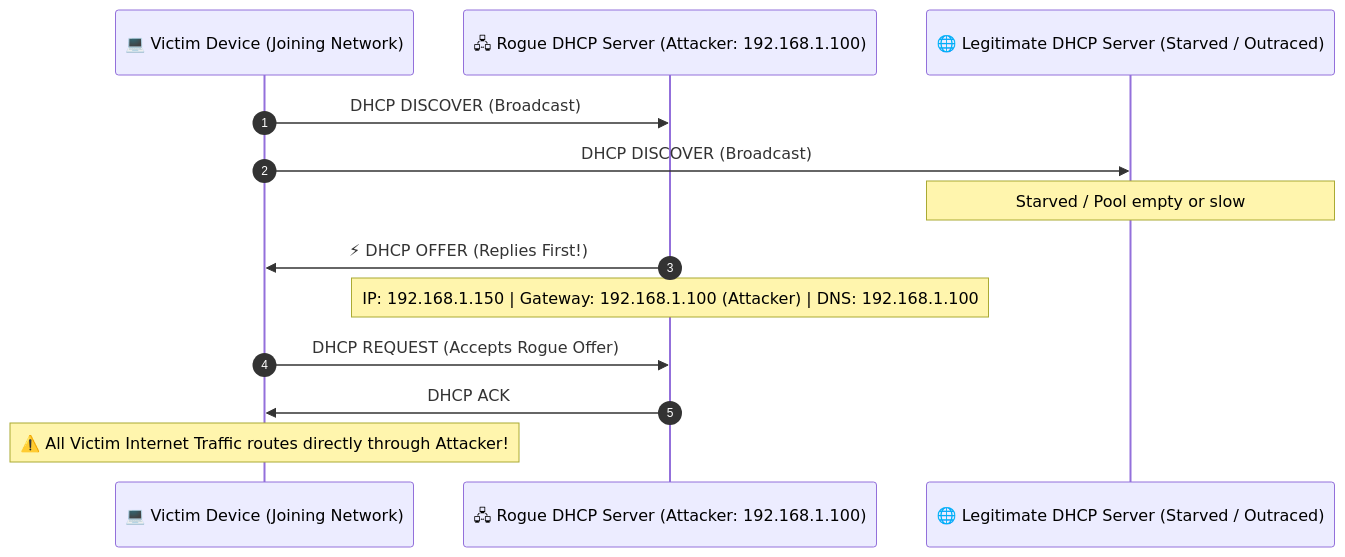
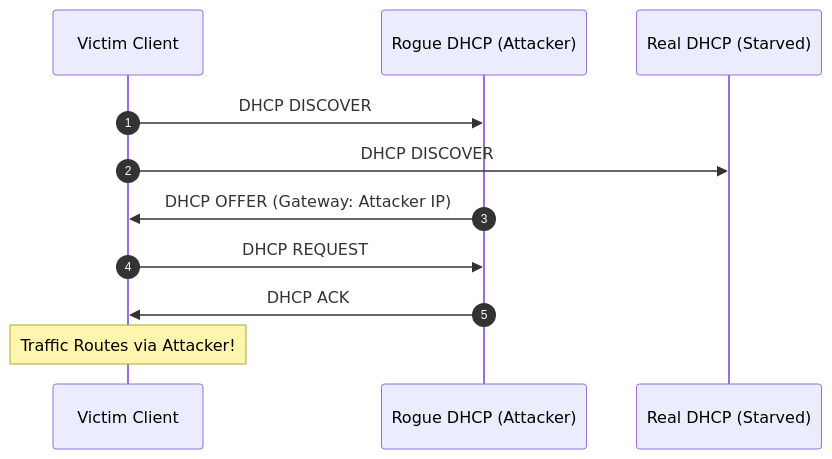
One commit to DaddyZyn/Cyber-security-notes changed the third of 4 diagrams in topics/10-dhcp-starvation-and-rogue-gateway-attacks/README.md. Above: the diagram before and after it, drawn with Mermaid. The commit also changed other lines of this file and 19 other files, not shown here.

Commit message:
fix: overhaul all Mermaid diagrams with clean vertical layouts and short line-wrapping to prevent GitHub clipping

````diff
--- a/topics/10-dhcp-starvation-and-rogue-gateway-attacks/README.md
+++ b/topics/10-dhcp-starvation-and-rogue-gateway-attacks/README.md
@@ -86,16 +81,14 @@
 ```mermaid
 sequenceDiagram
     autonumber
-    participant Victim as 💻 Victim Device (Joining Network)
-    participant Rogue as 🖧 Rogue DHCP Server (Attacker: 192.168.1.100)
-    participant Real as 🌐 Legitimate DHCP Server (Starved / Outraced)
+    participant Victim as Victim Client
+    participant Rogue as Rogue DHCP (Attacker)
+    participant Real as Real DHCP (Starved)
 
-    Victim->>Rogue: DHCP DISCOVER (Broadcast)
-    Victim->>Real: DHCP DISCOVER (Broadcast)
-    Note over Real: Starved / Pool empty or slow
-    Rogue->>Victim: ⚡ DHCP OFFER (Replies First!)
-    Note over Rogue: IP: 192.168.1.150 | Gateway: 192.168.1.100 (Attacker) | DNS: 192.168.1.100
-    Victim->>Rogue: DHCP REQUEST (Accepts Rogue Offer)
+    Victim->>Rogue: DHCP DISCOVER
+    Victim->>Real: DHCP DISCOVER
+    Rogue->>Victim: DHCP OFFER (Gateway: Attacker IP)
+    Victim->>Rogue: DHCP REQUEST
     Rogue->>Victim: DHCP ACK
-    Note over Victim: ⚠️ All Victim Internet Traffic routes directly through Attacker!
+    Note over Victim: Traffic Routes via Attacker!
 ```
````
